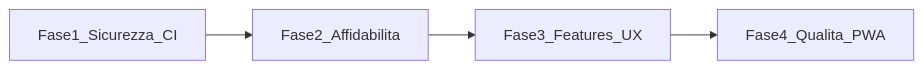
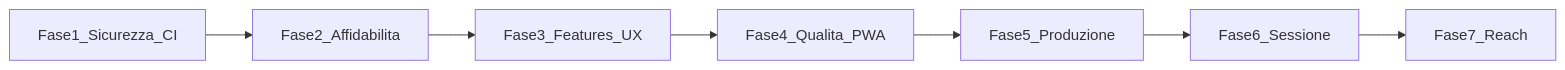
One commit to edar-dev/SpritzPlanning changed the diagram in docs/ROADMAP.md. Above: the diagram before and after it, drawn with Mermaid. The commit also changed other lines of this file and 6 other files, not shown here.

First line of the commit message:
Add roadmap v2 and phase 5-7 implementation plans.

````diff
--- a/docs/ROADMAP.md
+++ b/docs/ROADMAP.md
@@ -7,10 +13,21 @@
 ```mermaid
+
 flowchart LR
+
   P1[Fase1_Sicurezza_CI]
+
   P2[Fase2_Affidabilita]
+
   P3[Fase3_Features_UX]
+
   P4[Fase4_Qualita_PWA]
-  P1 --> P2
-  P2 --> P3
-  P3 --> P4
+
+  P5[Fase5_Produzione]
+
+  P6[Fase6_Sessione]
+
+  P7[Fase7_Reach]
+
+  P1 --> P2 --> P3 --> P4 --> P5 --> P6 --> P7
+
 ```
````
